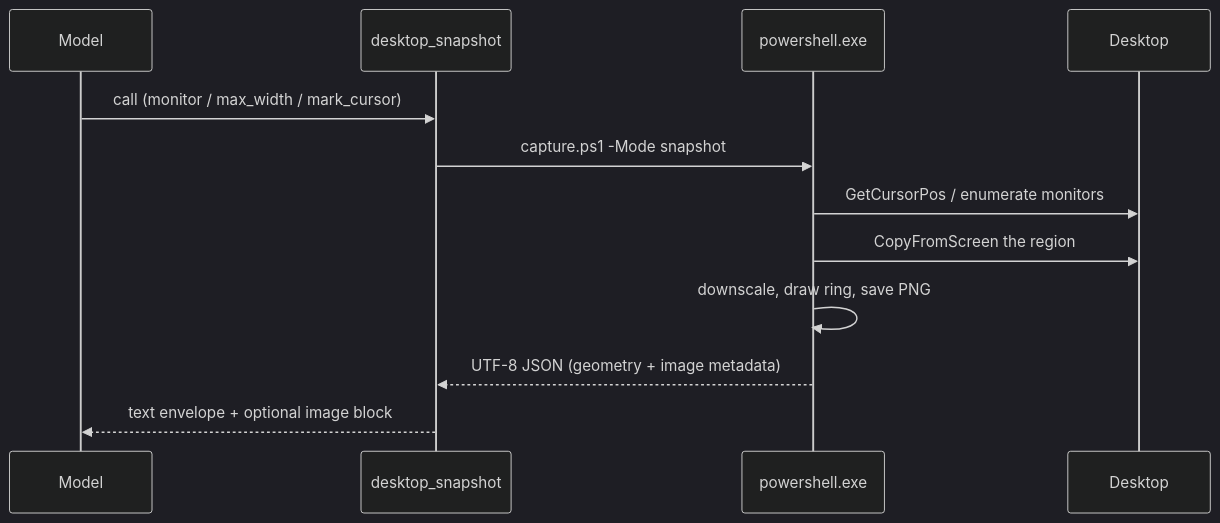
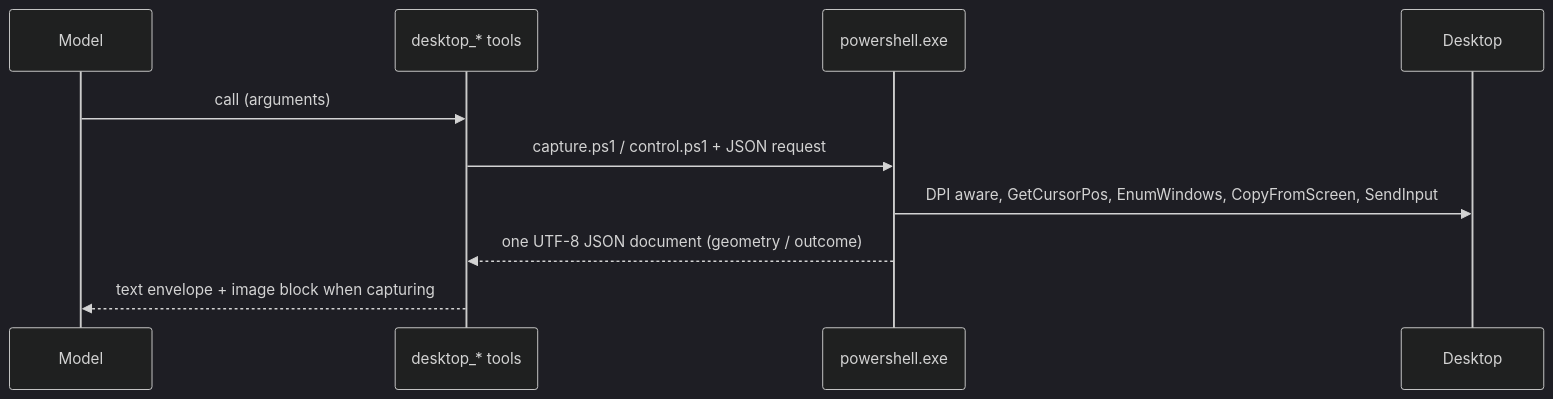
Before and after one commit to videndi/dsh-desktop-view: the diagram in README.en.md, drawn with Mermaid (dark theme). The commit also changed other lines of this file and 14 other files, not shown here.

First line of the commit message:
feat: input tools for move, click, drag, scroll, type, keys and windows

````diff
--- a/README.en.md
+++ b/README.en.md
@@ -85,14 +138,12 @@
 ```mermaid
 sequenceDiagram
     participant M as Model
-    participant T as desktop_snapshot
+    participant T as desktop_* tools
     participant P as powershell.exe
     participant D as Desktop
-    M->>T: call (monitor / max_width / mark_cursor)
-    T->>P: capture.ps1 -Mode snapshot
-    P->>D: GetCursorPos / enumerate monitors
-    P->>D: CopyFromScreen the region
-    P->>P: downscale, draw ring, save PNG
-    P-->>T: UTF-8 JSON (geometry + image metadata)
-    T-->>M: text envelope + optional image block
+    M->>T: call (arguments)
+    T->>P: capture.ps1 / control.ps1 + JSON request
+    P->>D: DPI aware, GetCursorPos, EnumWindows, CopyFromScreen, SendInput
+    P-->>T: one UTF-8 JSON document (geometry / outcome)
+    T-->>M: text envelope + image block when capturing
 ```
````
